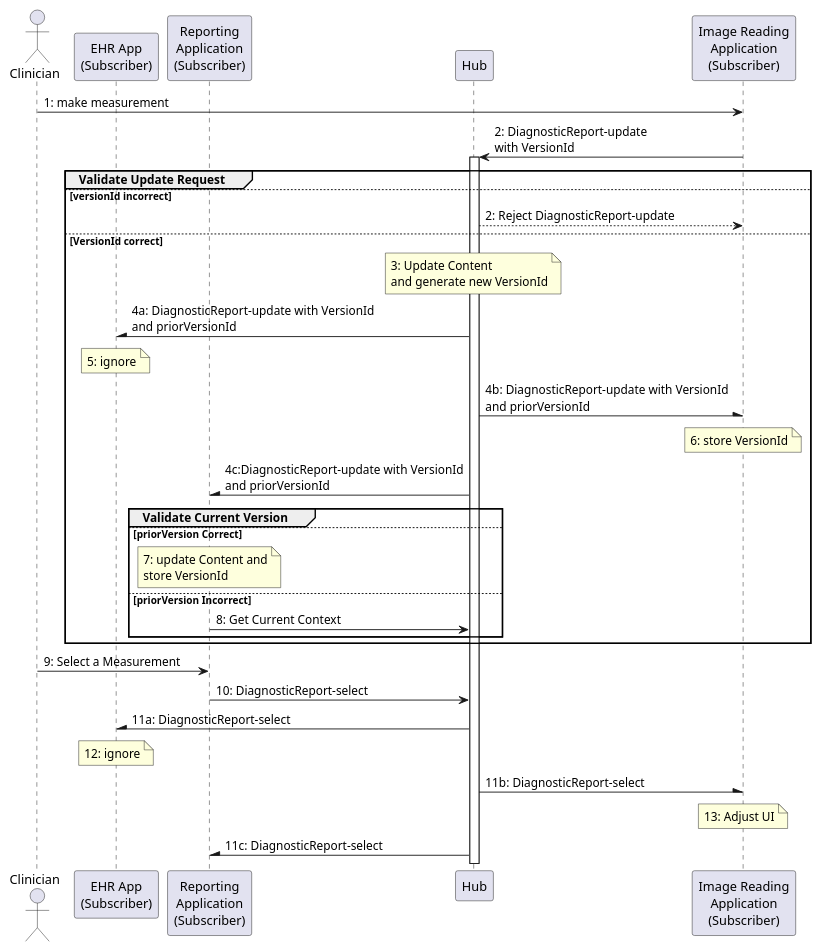
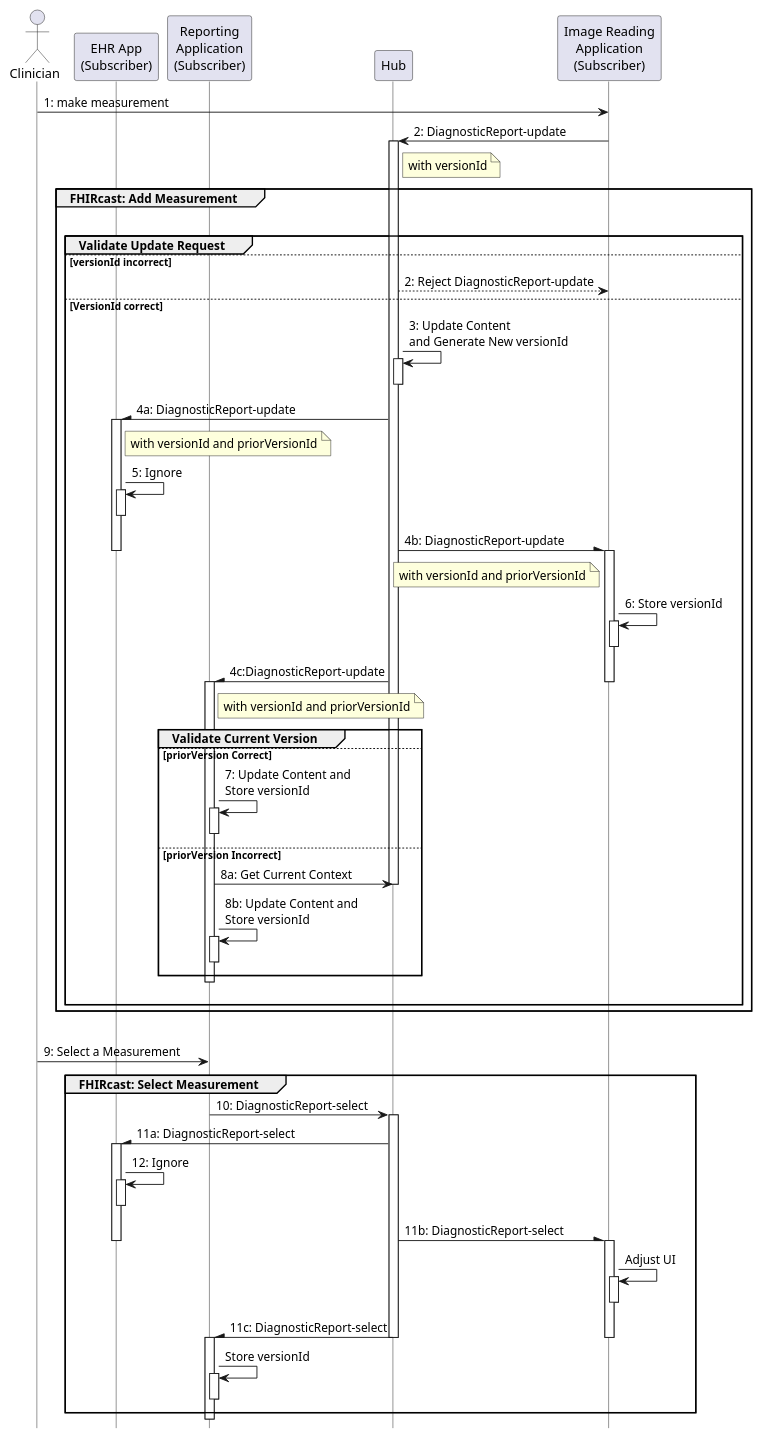
One commit to HL7/fhircast-docs changed the diagram in input/images-source/ContentExchangeShareContent.plantuml. Above: the diagram before and after it, drawn with PlantUML. The commit also changed other lines of this file and 2 other files, not shown here.

Commit message:
Plantuml changes suggested by Eric

```diff
--- a/input/images-source/ContentExchangeShareContent.plantuml
+++ b/input/images-source/ContentExchangeShareContent.plantuml
@@ -1,37 +1,67 @@
 @startuml
-    actor Clinician
-    participant "EHR App\n(Subscriber)" as EHR
-    participant "Reporting\nApplication\n(Subscriber)" as RepApp
-    participant Hub
-    participant "Image Reading\nApplication\n(Subscriber)" as App1
-    
-    Clinician -> App1: 1: make measurement
-    App1 -> Hub++: 2: DiagnosticReport-update\nwith VersionId
+skinparam shadowing false
+skinparam lifelineStrategy nosolid
+hide footbox
 
-    group Validate Update Request
-    else versionId incorrect
-        Hub --> App1:2: Reject DiagnosticReport-update
-    else VersionId correct
-        note over Hub: 3: Update Content \nand generate new VersionId
-        Hub -\ EHR: 4a: DiagnosticReport-update with VersionId\nand priorVersionId
-        note over EHR: 5: ignore
-        Hub -\ App1: 4b: DiagnosticReport-update with VersionId\nand priorVersionId
-        note over App1: 6: store VersionId
-        Hub -\ RepApp: 4c:DiagnosticReport-update with VersionId\nand priorVersionId
-        group Validate Current Version
-        else priorVersion Correct
-            note over RepApp: 7: update Content and\nstore VersionId
-        else priorVersion Incorrect
-            RepApp -> Hub: 8: Get Current Context
-        end
-    end
+actor Clinician
+participant "EHR App\n(Subscriber)" as EHR
+participant "Reporting\nApplication\n(Subscriber)" as RepApp
+participant Hub
+participant "Image Reading\nApplication\n(Subscriber)" as App1
 
-    Clinician -> RepApp: 9: Select a Measurement
-    RepApp -> Hub: 10: DiagnosticReport-select
-    Hub -\ EHR: 11a: DiagnosticReport-select
-        note over EHR: 12: ignore
-    Hub -\ App1: 11b: DiagnosticReport-select
-    note over App1: 13: Adjust UI
-    Hub -\ RepApp: 11c: DiagnosticReport-select
+Clinician -> App1: 1: make measurement
+App1 -> Hub++: 2: DiagnosticReport-update
+note right Hub: with versionId
 
+group FHIRcast: Add Measurement
+|||
+group Validate Update Request
+else versionId incorrect
+Hub --> App1:2: Reject DiagnosticReport-update
+else VersionId correct
+Hub -> Hub++--: 3: Update Content \nand Generate New versionId
+Hub -\ EHR: 4a: DiagnosticReport-update
+activate EHR
+note right EHR: with versionId and priorVersionId
+EHR -> EHR++--: 5: Ignore
+Hub -\ App1: 4b: DiagnosticReport-update
+deactivate EHR
+note left App1: with versionId and priorVersionId
+activate App1
+App1 -> App1++--: 6: Store versionId
+Hub -\ RepApp: 4c:DiagnosticReport-update
+deactivate App1
+note right RepApp: with versionId and priorVersionId
+activate RepApp
+group Validate Current Version
+else priorVersion Correct
+RepApp -> RepApp++--: 7: Update Content and\nStore versionId
+else priorVersion Incorrect
+RepApp -> Hub: 8a: Get Current Context
+deactivate Hub
+RepApp -> RepApp++--: 8b: Update Content and\nStore versionId
+end
+deactivate RepApp
+|||
+end
+end
+|||
+Clinician -> RepApp: 9: Select a Measurement
+group FHIRcast: Select Measurement
+RepApp -> Hub: 10: DiagnosticReport-select
+activate Hub
+Hub -\ EHR: 11a: DiagnosticReport-select
+activate EHR
+EHR -> EHR++--: 12: Ignore
+Hub -\ App1: 11b: DiagnosticReport-select
+deactivate EHR
+activate App1
+App1 -> App1++--: Adjust UI
+Hub -\ RepApp: 11c: DiagnosticReport-select
+deactivate App1
+activate RepApp
+deactivate Hub
+RepApp -> RepApp++--: Store versionId
+end
+deactivate RepApp
 @enduml
```
